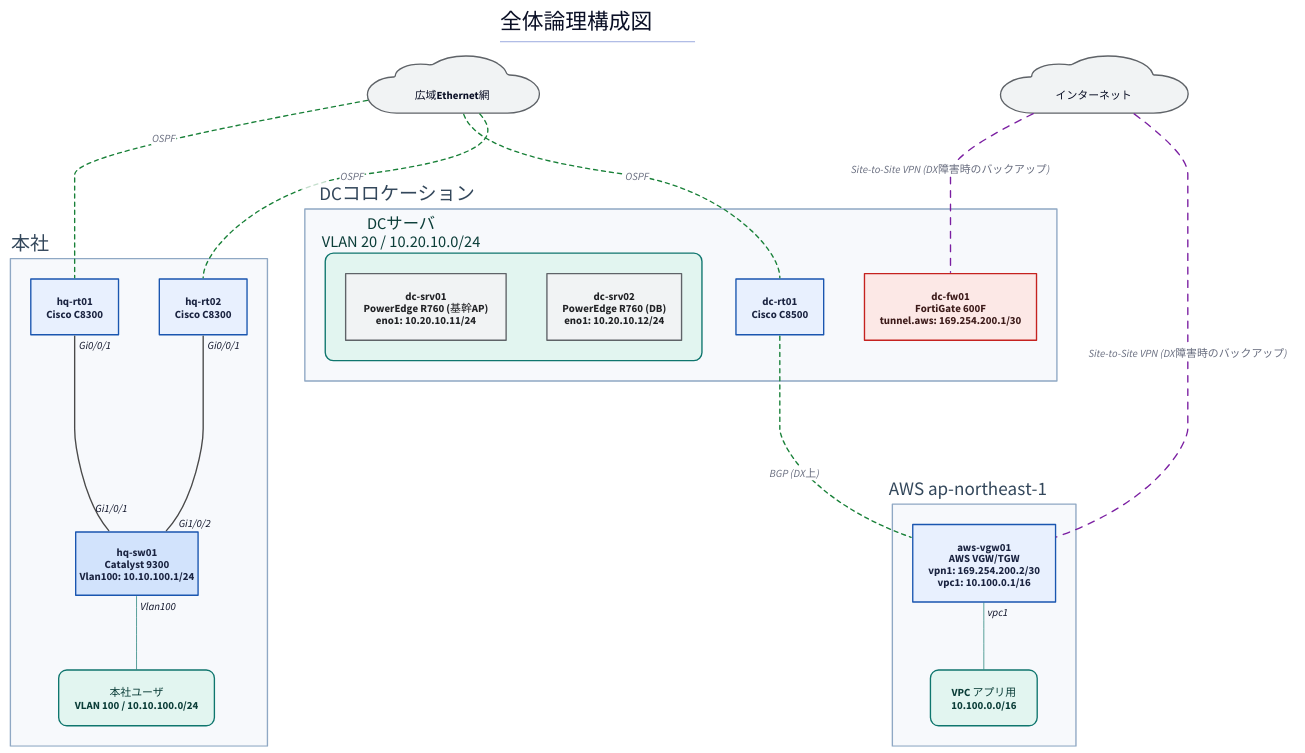
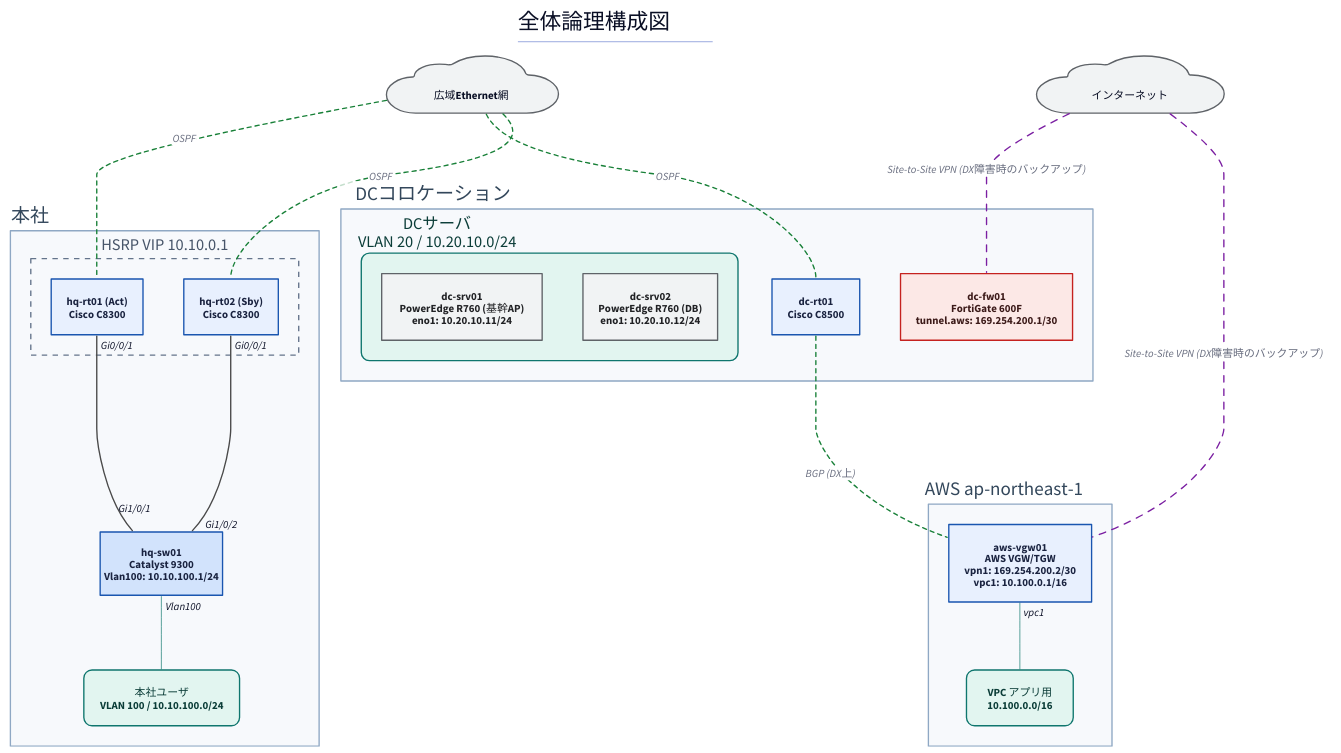
Before and after one commit to thinas1115/nwdsl: the diagram in examples/hq-dc-cloud/generated/logical-all.d2, drawn with D2. The commit also changed 91 other files, not shown here.

```diff
--- a/examples/hq-dc-cloud/generated/logical-all.d2
+++ b/examples/hq-dc-cloud/generated/logical-all.d2
@@ -1,66 +1,70 @@
 title: |md
   # 全体論理構成図
 | {near: top-center}
 direction: down
 
 classes: {
   role-router: {style.fill: "#e8f0fe"; style.stroke: "#1a56b0"; style.font-color: "#1a2340"}
   role-l3switch: {style.fill: "#d2e3fc"; style.stroke: "#1a56b0"; style.font-color: "#1a2340"}
   role-l2switch: {style.fill: "#e6f4ea"; style.stroke: "#137333"; style.font-color: "#1a2e1f"}
   role-firewall: {style.fill: "#fce8e6"; style.stroke: "#c5221f"; style.font-color: "#3c1a19"}
   role-other: {style.fill: "#f1f3f4"; style.stroke: "#5f6368"; style.font-color: "#202124"}
   node-cloud: {shape: cloud; style.fill: "#f1f3f4"; style.stroke: "#5f6368"}
   node-site: {style.fill: "#fff8e1"; style.stroke: "#b58105"; style.font-color: "#4a3a08"}
   node-segment: {style.fill: "#e2f5f0"; style.stroke: "#0f766e"; style.font-color: "#0b3d38"; style.border-radius: 12}
   node-external: {style.fill: "#ffffff"; style.stroke: "#9aa0a6"; style.stroke-dash: 3}
   group-site: {style.fill: "#f7f9fc"; style.stroke: "#8fa8c4"; style.font-color: "#33475b"}
+  group-redundancy: {style.fill: "transparent"; style.stroke: "#64748b"; style.stroke-dash: 4; style.font-color: "#475569"}
   edge-label: {style.fill: "transparent"; style.stroke: "transparent"; style.font-size: 14; style.font-color: "#5f6368"; style.italic: true}
   edge-lan-cable: {style.stroke: "#4a4a4a"; style.stroke-width: 2}
   edge-wan-circuit: {style.stroke: "#1a73e8"; style.stroke-width: 4}
   edge-tunnel: {style.stroke: "#7b1fa2"; style.stroke-width: 2; style.stroke-dash: 5}
   edge-logical: {style.stroke: "#188038"; style.stroke-width: 2; style.stroke-dash: 3}
   edge-segment: {style.stroke: "#0f766e"; style.stroke-width: 1}
 }
 
 s_dc: "DCコロケーション" {
   class: group-site
   label.near: outside-top-left
   n_dc_fw01: "dc-fw01\nFortiGate 600F\ntunnel.aws: 169.254.200.1/30" {class: role-firewall}
   n_dc_rt01: "dc-rt01\nCisco C8500" {class: role-router}
   n_seg__dc_servers: "DCサーバ\nVLAN 20 / 10.20.10.0/24" {
     class: node-segment
     label.near: outside-top-left
     n_dc_srv01: "dc-srv01\nPowerEdge R760 (基幹AP)\neno1: 10.20.10.11/24" {class: role-other}
     n_dc_srv02: "dc-srv02\nPowerEdge R760 (DB)\neno1: 10.20.10.12/24" {class: role-other}
   }
 }
 
 s_aws: "AWS ap-northeast-1" {
   class: group-site
   label.near: outside-top-left
   n_aws_vgw01: "aws-vgw01\nAWS VGW/TGW\nvpn1: 169.254.200.2/30\nvpc1: 10.100.0.1/16" {class: role-router}
   n_seg__aws_vpc_app: "VPC アプリ用\n10.100.0.0/16" {class: node-segment}
 }
 
 s_hq: "本社" {
   class: group-site
   label.near: outside-top-left
-  n_hq_rt01: "hq-rt01\nCisco C8300" {class: role-router}
-  n_hq_rt02: "hq-rt02\nCisco C8300" {class: role-router}
+  rg_hq_wan: "HSRP VIP 10.10.0.1" {
+    class: group-redundancy
+    n_hq_rt01: "hq-rt01 (Act)\nCisco C8300" {class: role-router}
+    n_hq_rt02: "hq-rt02 (Sby)\nCisco C8300" {class: role-router}
+  }
   n_hq_sw01: "hq-sw01\nCatalyst 9300\nVlan100: 10.10.100.1/24" {class: role-l3switch; width: 180}
   n_seg__hq_users: "本社ユーザ\nVLAN 100 / 10.10.100.0/24" {class: node-segment}
 }
 
 n_internet: "　インターネット　" {class: node-cloud}
 n_wide_ether: "　広域Ethernet網　" {class: node-cloud}
 
 n_internet -- s_dc.n_dc_fw01: "Site-to-Site VPN (DX障害時のバックアップ)" {class: edge-tunnel}
 n_internet -- s_aws.n_aws_vgw01: "Site-to-Site VPN (DX障害時のバックアップ)" {class: edge-tunnel}
-n_wide_ether -- s_hq.n_hq_rt01: "OSPF" {class: edge-logical}
+n_wide_ether -- s_hq.rg_hq_wan.n_hq_rt01: "OSPF" {class: edge-logical}
 n_wide_ether -- s_dc.n_dc_rt01: "OSPF" {class: edge-logical}
-n_wide_ether -- s_hq.n_hq_rt02: "OSPF" {class: edge-logical}
+n_wide_ether -- s_hq.rg_hq_wan.n_hq_rt02: "OSPF" {class: edge-logical}
 s_dc.n_dc_rt01 -- s_aws.n_aws_vgw01: "BGP (DX上)" {class: edge-logical}
-s_hq.n_hq_rt01 -- s_hq.n_hq_sw01 {class: edge-lan-cable; source-arrowhead.label: "Gi0/0/1"; target-arrowhead.label: "Gi1/0/1"}
-s_hq.n_hq_rt02 -- s_hq.n_hq_sw01 {class: edge-lan-cable; source-arrowhead.label: "Gi0/0/1"; target-arrowhead.label: "Gi1/0/2"}
+s_hq.rg_hq_wan.n_hq_rt01 -- s_hq.n_hq_sw01 {class: edge-lan-cable; source-arrowhead.label: "Gi0/0/1"; target-arrowhead.label: "Gi1/0/1"}
+s_hq.rg_hq_wan.n_hq_rt02 -- s_hq.n_hq_sw01 {class: edge-lan-cable; source-arrowhead.label: "Gi0/0/1"; target-arrowhead.label: "Gi1/0/2"}
 s_hq.n_hq_sw01 -- s_hq.n_seg__hq_users {class: edge-segment; source-arrowhead.label: "Vlan100"}
 s_aws.n_aws_vgw01 -- s_aws.n_seg__aws_vpc_app {class: edge-segment; source-arrowhead.label: "vpc1"}
```
